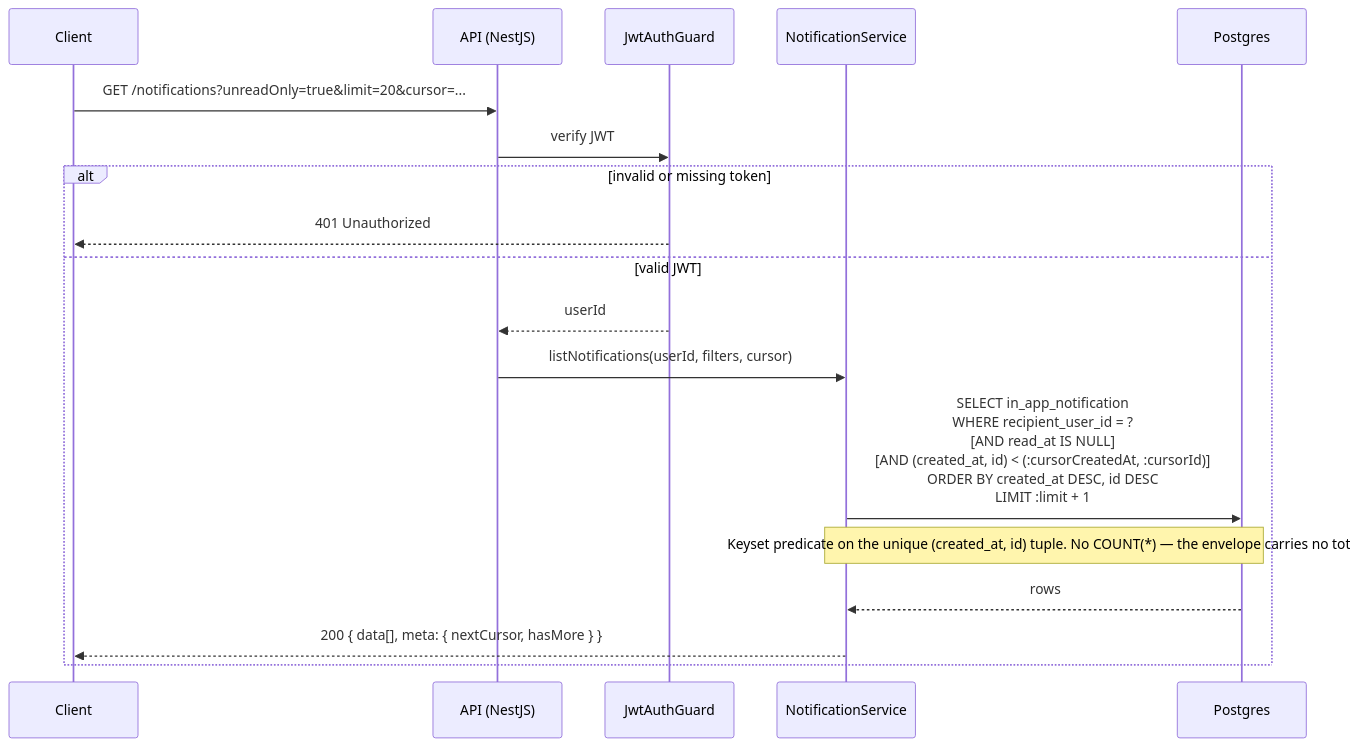
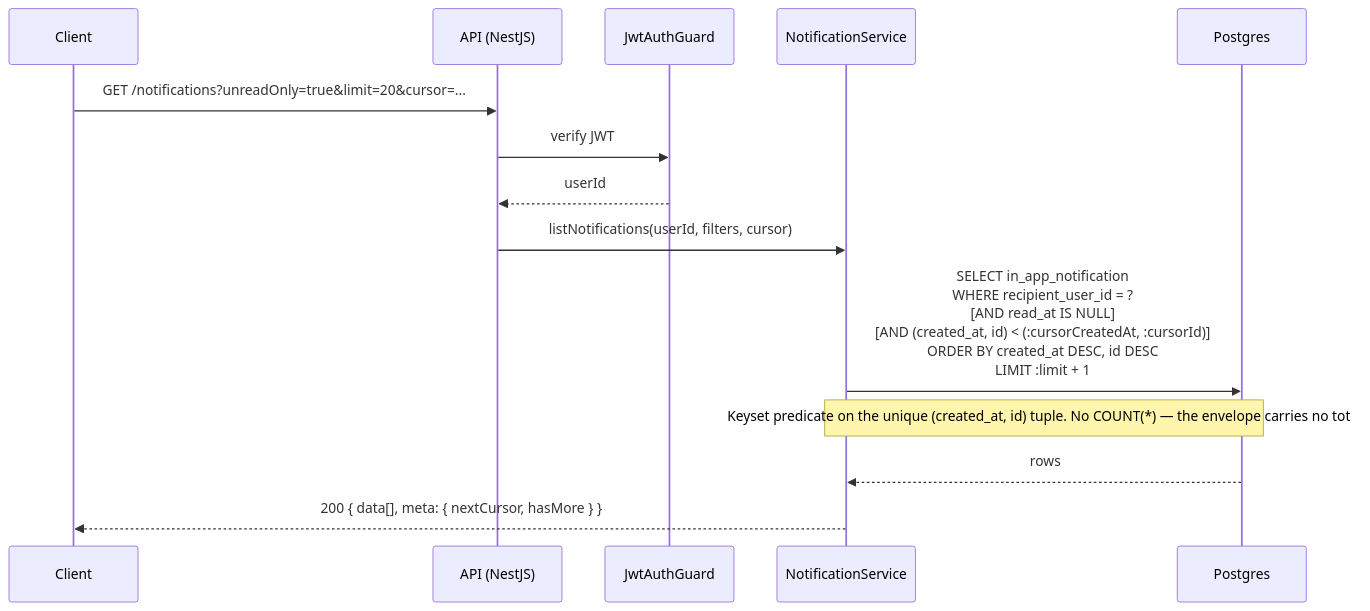
One commit to alisa-uthi/aliceut-ecom-document changed the first of 5 diagrams in phase-1/technical-design/api-design/notifications.md. Above: the diagram before and after it, drawn with Mermaid. The commit also changed other lines of this file and 53 other files, not shown here.

````diff
--- a/phase-1/technical-design/api-design/notifications.md
+++ b/phase-1/technical-design/api-design/notifications.md
@@ -78,21 +82,17 @@
 ```mermaid
 sequenceDiagram
     participant C as Client
     participant API as API (NestJS)
     participant JG as JwtAuthGuard
     participant S as NotificationService
     participant PG as Postgres
 
     C->>API: GET /notifications?unreadOnly=true&limit=20&cursor=...
     API->>JG: verify JWT
-    alt invalid or missing token
-        JG-->>C: 401 Unauthorized
-    else valid JWT
-        JG-->>API: userId
-        API->>S: listNotifications(userId, filters, cursor)
-        S->>PG: SELECT in_app_notification<br/>WHERE recipient_user_id = ?<br/>  [AND read_at IS NULL]<br/>  [AND (created_at, id) < (:cursorCreatedAt, :cursorId)]<br/>ORDER BY created_at DESC, id DESC<br/>LIMIT :limit + 1
-        Note over S,PG: Keyset predicate on the unique (created_at, id) tuple. No COUNT(*) — the envelope carries no total
-        PG-->>S: rows
-        S-->>C: 200 { data[], meta: { nextCursor, hasMore } }
-    end
+    JG-->>API: userId
+    API->>S: listNotifications(userId, filters, cursor)
+    S->>PG: SELECT in_app_notification<br/>WHERE recipient_user_id = ?<br/>  [AND read_at IS NULL]<br/>  [AND (created_at, id) < (:cursorCreatedAt, :cursorId)]<br/>ORDER BY created_at DESC, id DESC<br/>LIMIT :limit + 1
+    Note over S,PG: Keyset predicate on the unique (created_at, id) tuple. No COUNT(*) — the envelope carries no total
+    PG-->>S: rows
+    S-->>C: 200 { data[], meta: { nextCursor, hasMore } }
 ```
````
